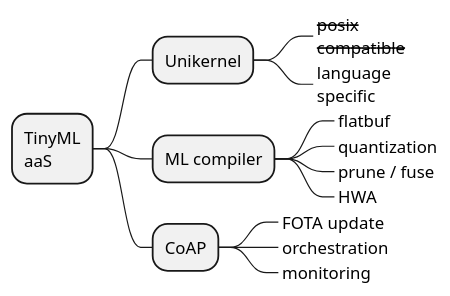
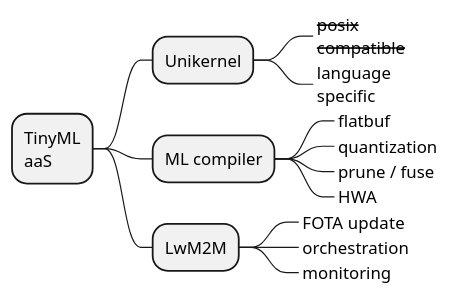
One commit to doyu/elc2019 changed the diagram in tinyml-infra.puml. Above: the diagram before and after it, drawn with PlantUML. The commit also changed 3 other files, not shown here.

```diff
--- a/tinyml-infra.puml
+++ b/tinyml-infra.puml
@@ -1,17 +1,17 @@
 @startmindmap
 
 * TinyML\naaS
 ** Unikernel
 ***_ <s>posix</s>\n<s>compatible</s>
 ***_ language\nspecific
 ** ML compiler
 ***_ flatbuf
 ***_ quantization
 ***_ prune / fuse
 ***_ HWA
-** CoAP
+** LwM2M
 ***_ FOTA update
 ***_ orchestration
 ***_ monitoring
 
 @endmindmap
```
